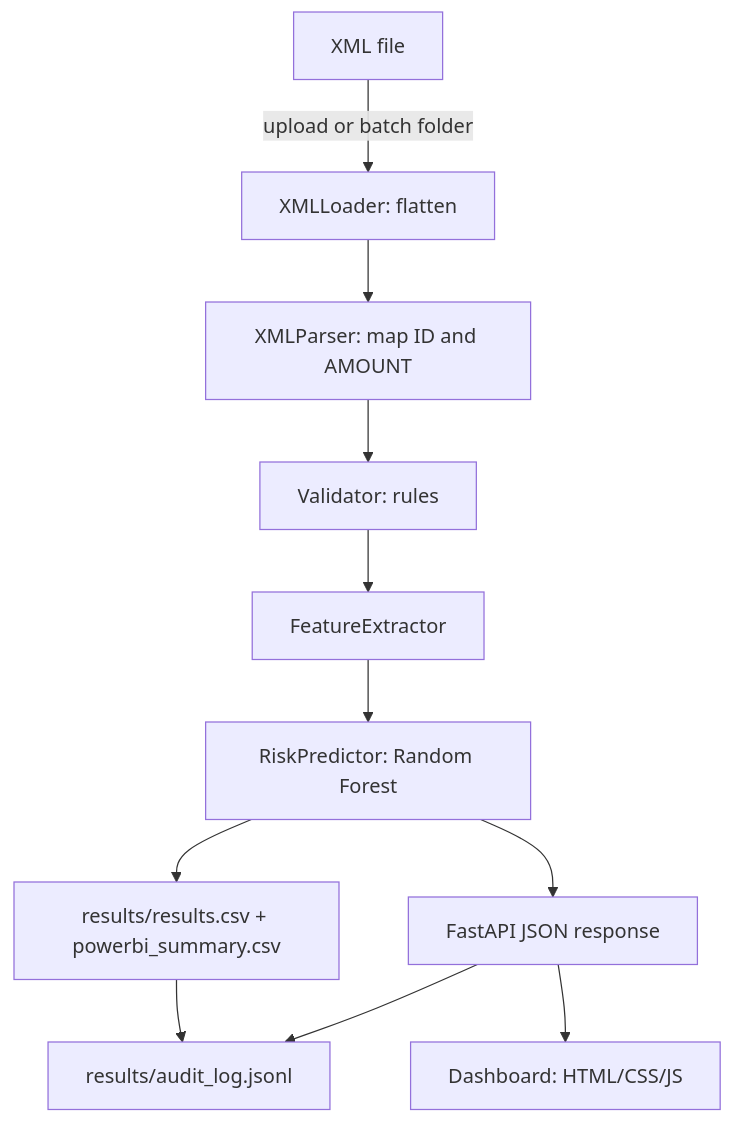
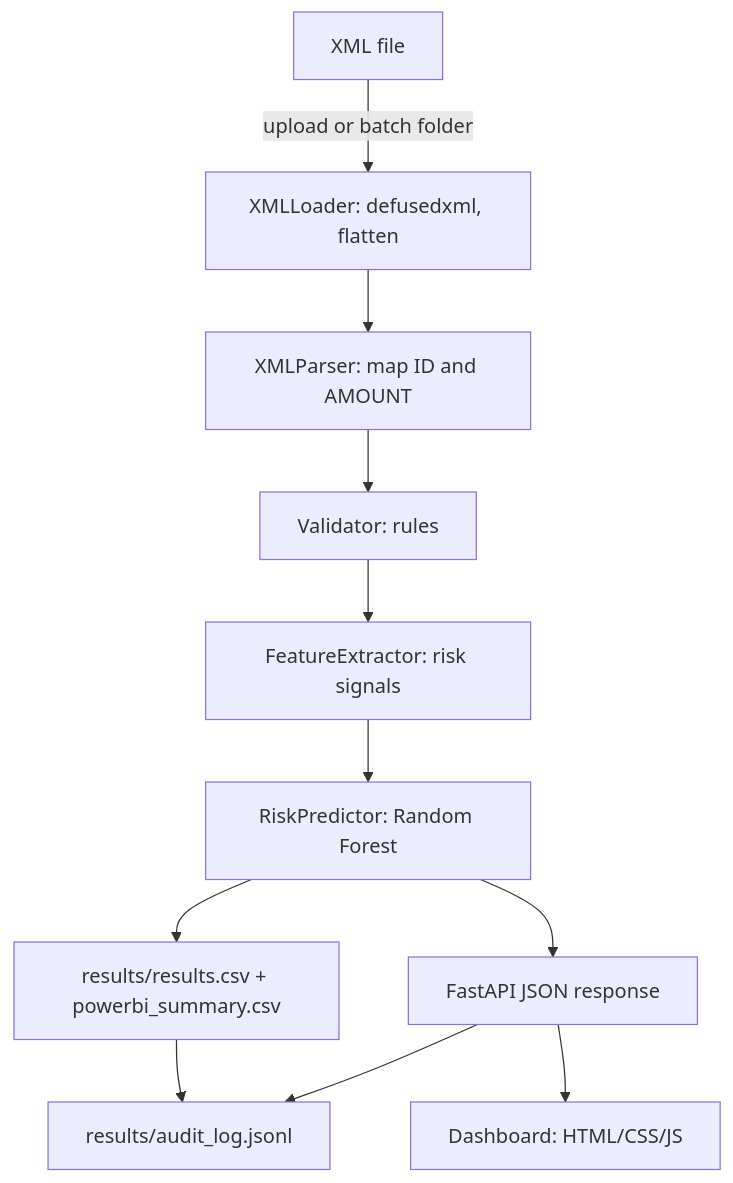
Before and after one commit to vishnuatgit/SupplyTrace: the diagram in README.md, drawn with Mermaid. The commit also changed other lines of this file and 36 other files, not shown here.

````diff
--- a/README.md
+++ b/README.md
@@ -31,13 +40,13 @@
 ```mermaid
 graph TD
-    A[XML file] -->|upload or batch folder| B[XMLLoader: flatten]
+    A[XML file] -->|upload or batch folder| B[XMLLoader: defusedxml, flatten]
     B --> C[XMLParser: map ID and AMOUNT]
     C --> D[Validator: rules]
-    D --> E[FeatureExtractor]
+    D --> E[FeatureExtractor: risk signals]
     E --> F[RiskPredictor: Random Forest]
     F --> G[FastAPI JSON response]
     F --> H[results/results.csv + powerbi_summary.csv]
     G --> I[results/audit_log.jsonl]
     H --> I
     G --> J[Dashboard: HTML/CSS/JS]
 ```
````
